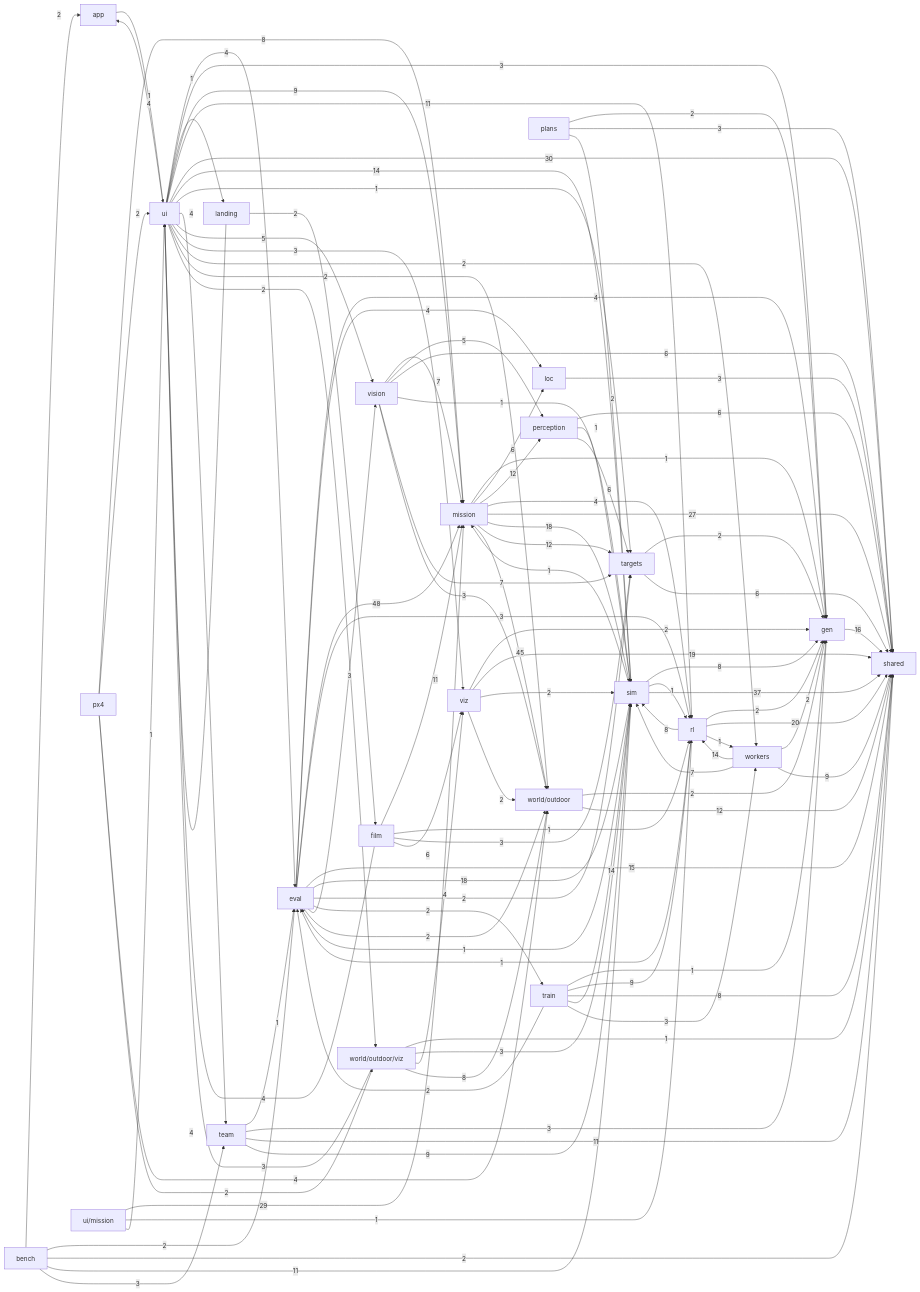
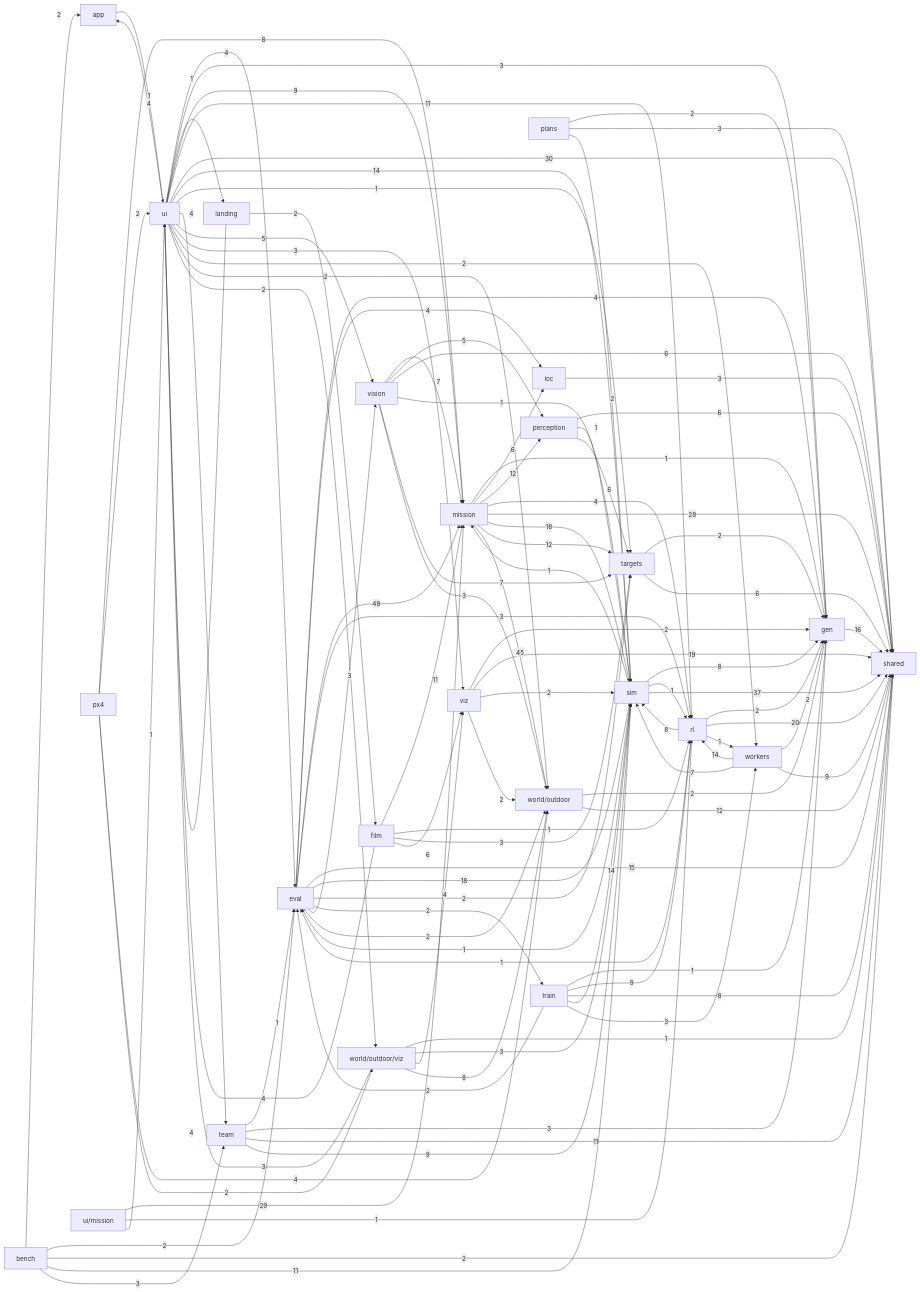
The second of 2 diagrams in docs/ARCHITECTURE.md (alexnieves-cs/frontier-fly), drawn with Mermaid before and after one commit. The commit also changed other lines of this file and 5 other files, not shown here.

```diff
--- a/docs/ARCHITECTURE.md
+++ b/docs/ARCHITECTURE.md
@@ -129,7 +129,7 @@
   mission -->|6| loc
   mission -->|12| perception
   mission -->|4| rl
-  mission -->|27| shared
+  mission -->|28| shared
   mission -->|18| sim
   mission -->|12| targets
   mission -->|45| world_outdoor
```
